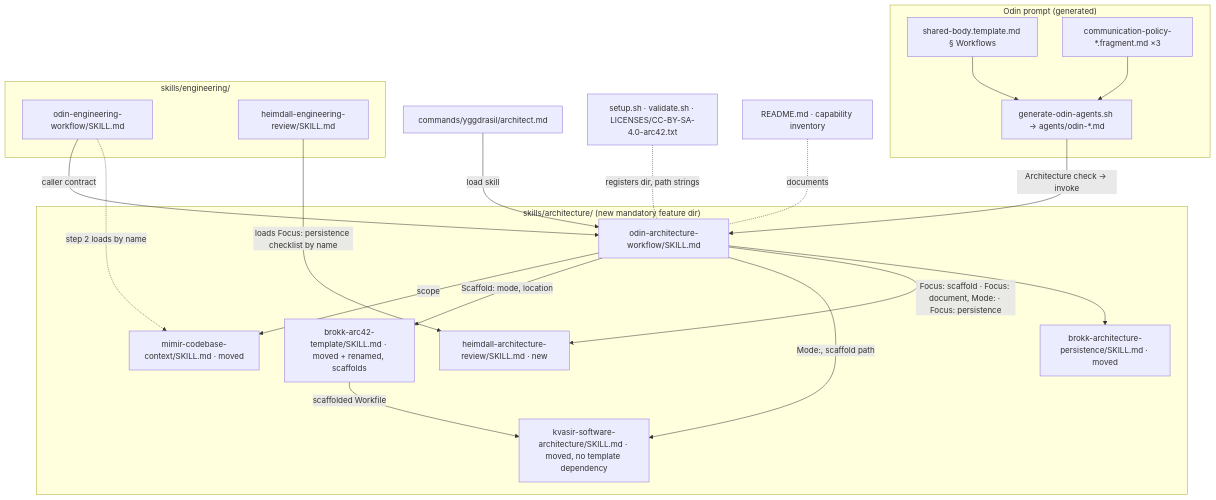
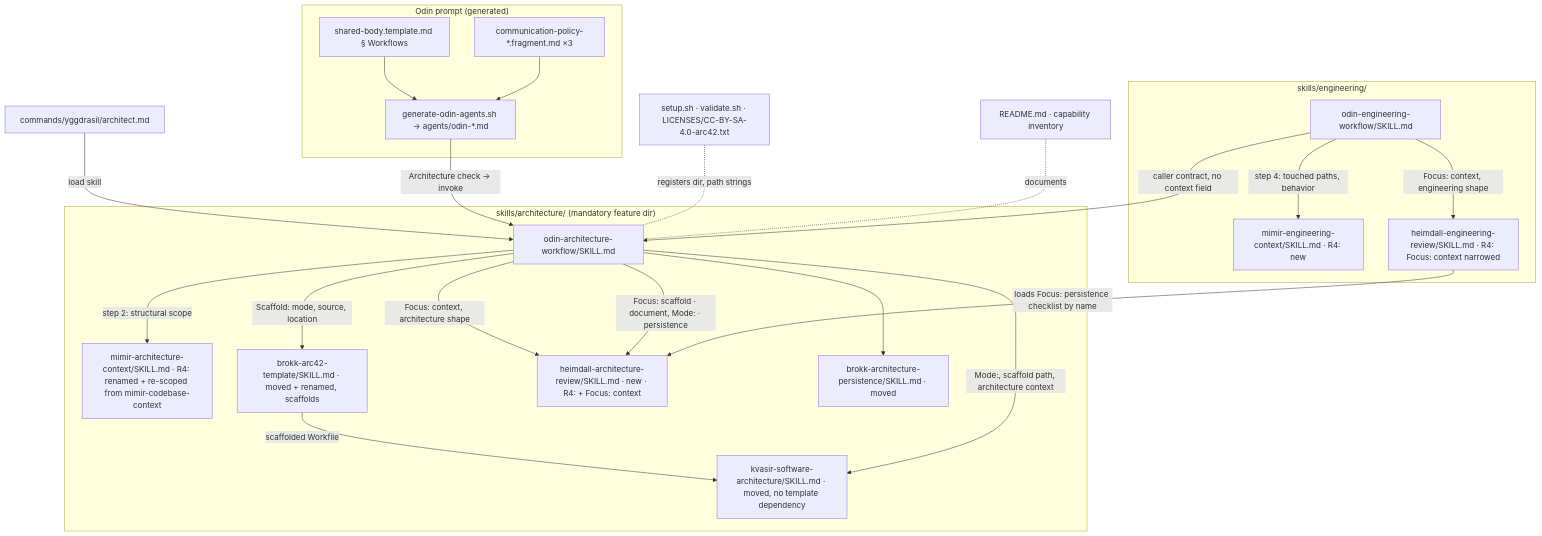
The diagram in docs/architecture/05-building-block-view.md (nstucki/yggdrasil), drawn with Mermaid before and after one commit. The commit also changed other lines of this file and 15 other files, not shown here.

First line of the commit message:
docs: persist Revision 4 of the arc42 architecture as an update delta

````diff
--- a/docs/architecture/05-building-block-view.md
+++ b/docs/architecture/05-building-block-view.md
@@ -7,35 +7,38 @@
 ```mermaid
 flowchart TB
   subgraph "Odin prompt (generated)"
     T1[shared-body.template.md § Workflows]
     T2[communication-policy-*.fragment.md ×3]
     G[generate-odin-agents.sh → agents/odin-*.md]
     T1 --> G
     T2 --> G
   end
   CMD[commands/yggdrasil/architect.md] -->|load skill| AW
   G -->|Architecture check → invoke| AW
-  subgraph "skills/architecture/ (new mandatory feature dir)"
+  subgraph "skills/architecture/ (mandatory feature dir)"
     AW[odin-architecture-workflow/SKILL.md]
-    MCC[mimir-codebase-context/SKILL.md · moved]
+    MAC[mimir-architecture-context/SKILL.md · R4: renamed + re-scoped from mimir-codebase-context]
     AT[brokk-arc42-template/SKILL.md · moved + renamed, scaffolds]
     KSA[kvasir-software-architecture/SKILL.md · moved, no template dependency]
-    HAR[heimdall-architecture-review/SKILL.md · new]
+    HAR[heimdall-architecture-review/SKILL.md · new · R4: + Focus: context]
     BAP[brokk-architecture-persistence/SKILL.md · moved]
   end
-  subgraph skills/engineering/
+  subgraph "skills/engineering/"
     EW[odin-engineering-workflow/SKILL.md]
-    HER[heimdall-engineering-review/SKILL.md]
+    MEC[mimir-engineering-context/SKILL.md · R4: new]
+    HER[heimdall-engineering-review/SKILL.md · R4: Focus: context narrowed]
   end
-  EW -->|caller contract| AW
-  EW -.step 2 loads by name.-> MCC
-  AW -->|scope| MCC
-  AW -->|Scaffold: mode, location| AT
+  EW -->|caller contract, no context field| AW
+  EW -->|step 4: touched paths, behavior| MEC
+  EW -->|Focus: context, engineering shape| HER
+  AW -->|step 2: structural scope| MAC
+  AW -->|Focus: context, architecture shape| HAR
+  AW -->|Scaffold: mode, source, location| AT
   AT -->|scaffolded Workfile| KSA
-  AW -->|Mode:, scaffold path| KSA
-  AW -->|Focus: scaffold · Focus: document, Mode: · Focus: persistence| HAR
+  AW -->|Mode:, scaffold path, architecture context| KSA
+  AW -->|Focus: scaffold · document, Mode: · persistence| HAR
   HER -->|loads Focus: persistence checklist by name| HAR
   AW --> BAP
   INST[setup.sh · validate.sh · LICENSES/CC-BY-SA-4.0-arc42.txt] -.registers dir, path strings.- AW
   RD[README.md · capability inventory] -.documents.- AW
 ```
````
